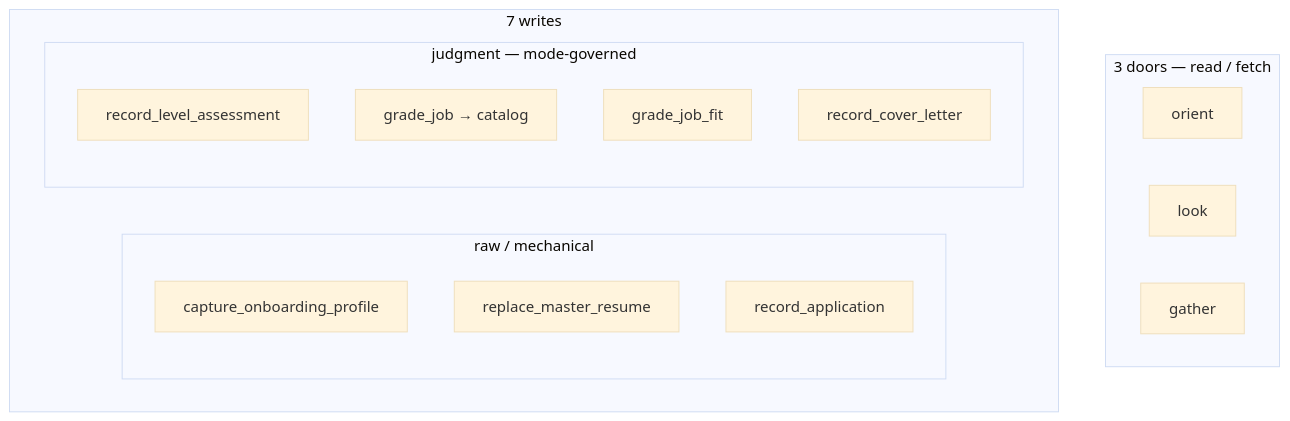
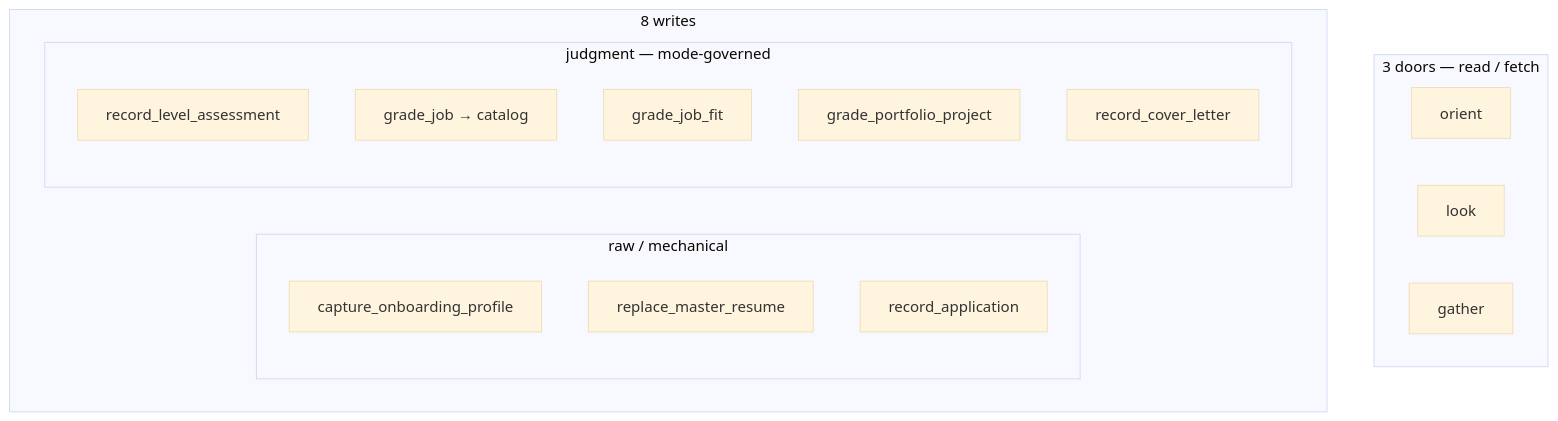
Before and after one commit to algorhythmic/jobbot9000: the second of 3 diagrams in README.md, drawn with Mermaid (base theme). The commit also changed other lines of this file and 7 other files, not shown here.

````diff
--- a/README.md
+++ b/README.md
@@ -34,21 +34,22 @@
 ```mermaid
 flowchart TB
   subgraph Doors["3 doors — read / fetch"]
     orient
     look
     gather
   end
-  subgraph Writes["7 writes"]
+  subgraph Writes["8 writes"]
     subgraph Raw["raw / mechanical"]
       capture_onboarding_profile
       replace_master_resume
       record_application
     end
     subgraph Judgment["judgment — mode-governed"]
       record_level_assessment
       grade_job["grade_job → catalog"]
       grade_job_fit
+      grade_portfolio_project
       record_cover_letter
     end
   end
 ```
````
